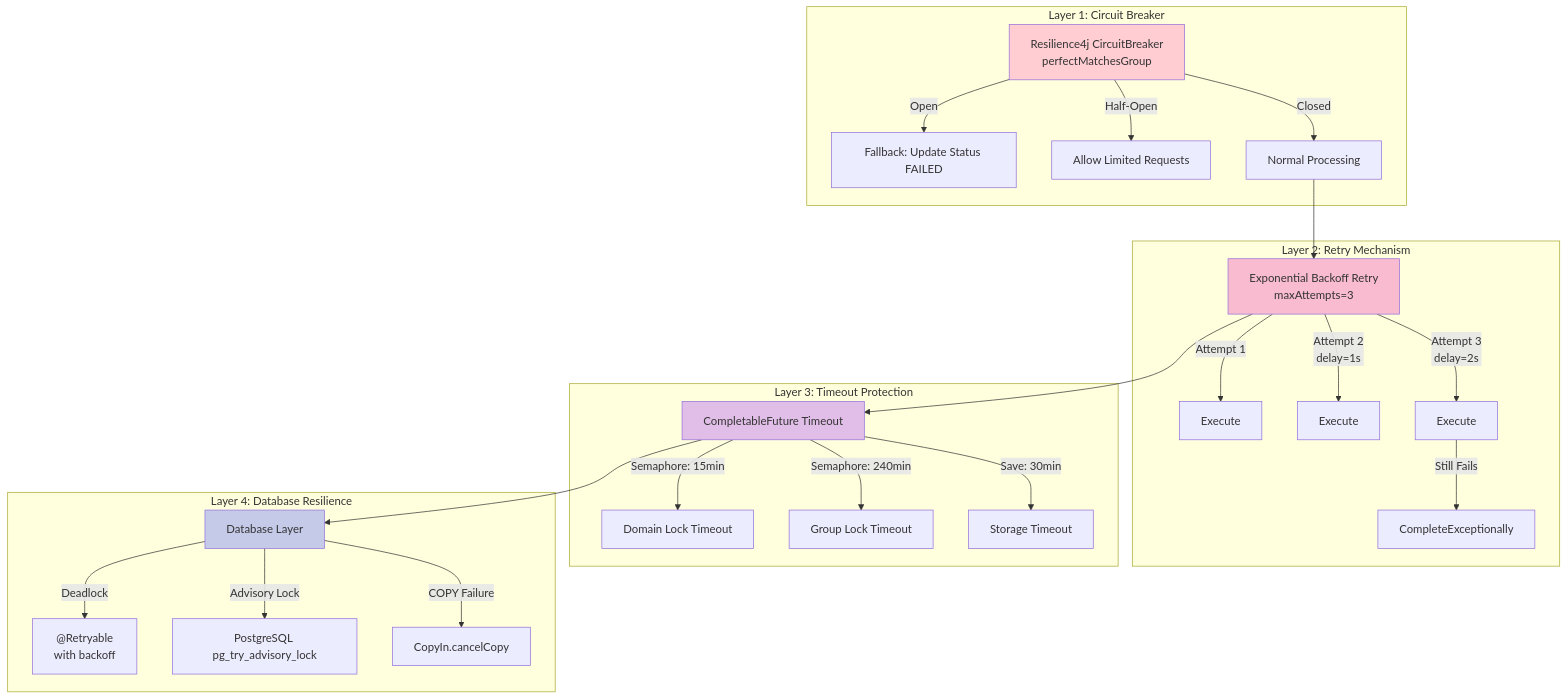
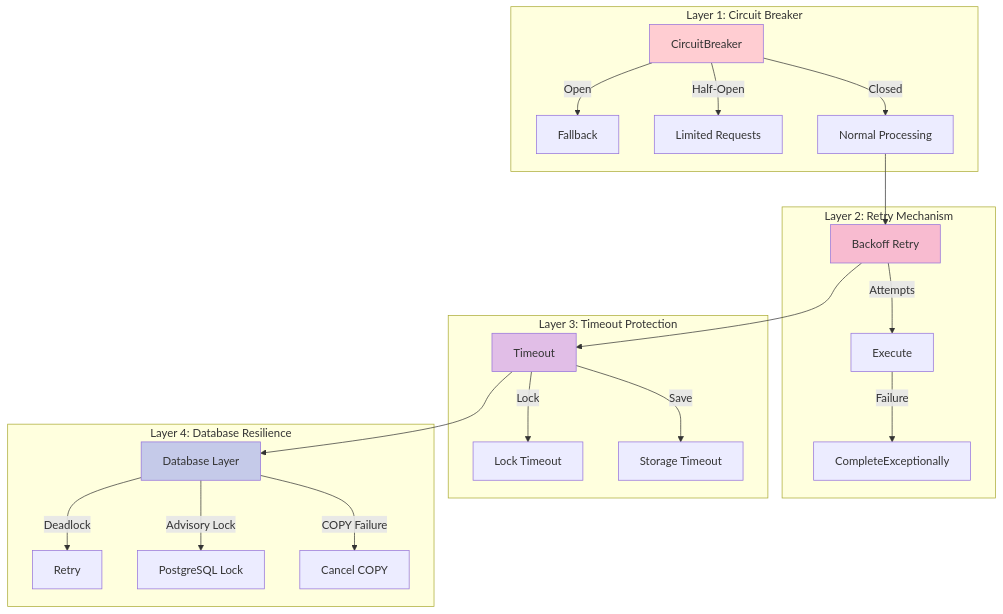
Before and after one commit to kagit00/schedule_x: diagram 16 of 20 in docs/Low Level Designs/ScheduledPerfectMatchesCreation.md, drawn with Mermaid. The commit also changed other lines of this file and 7 other files, not shown here.

````diff
--- a/docs/Low Level Designs/ScheduledPerfectMatchesCreation.md
+++ b/docs/Low Level Designs/ScheduledPerfectMatchesCreation.md
@@ -693,41 +634,38 @@
 ```mermaid
 graph TB
     subgraph "Layer 1: Circuit Breaker"
-        CB["Resilience4j CircuitBreaker<br/>perfectMatchesGroup"]
-        CB -->|Open| FB1["Fallback: Update Status FAILED"]
-        CB -->|Half-Open| RETRY1["Allow Limited Requests"]
-        CB -->|Closed| PROCEED1["Normal Processing"]
+        CB[CircuitBreaker]
+        CB -->|Open| FB1[Fallback]
+        CB -->|Half-Open| RETRY1[Limited Requests]
+        CB -->|Closed| PROCEED1[Normal Processing]
     end
 
     subgraph "Layer 2: Retry Mechanism"
-        RT["Exponential Backoff Retry<br/>maxAttempts=3"]
-        RT -->|Attempt 1| EXEC1["Execute"]
-        RT -->|Attempt 2<br/>delay=1s| EXEC2["Execute"]
-        RT -->|Attempt 3<br/>delay=2s| EXEC3["Execute"]
-        EXEC3 -->|Still Fails| FB2["CompleteExceptionally"]
+        RT[Backoff Retry]
+        RT -->|Attempts| EXEC[Execute]
+        EXEC -->|Failure| FB2[CompleteExceptionally]
     end
 
     subgraph "Layer 3: Timeout Protection"
-        TO["CompletableFuture Timeout"]
-        TO -->|Semaphore: 15min| TO1["Domain Lock Timeout"]
-        TO -->|Semaphore: 240min| TO2["Group Lock Timeout"]
-        TO -->|Save: 30min| TO3["Storage Timeout"]
+        TO[Timeout]
+        TO -->|Lock| TO1[Lock Timeout]
+        TO -->|Save| TO2[Storage Timeout]
     end
 
     subgraph "Layer 4: Database Resilience"
-        DB["Database Layer"]
-        DB -->|Deadlock| DBR["@Retryable<br/>with backoff"]
-        DB -->|Advisory Lock| AL["PostgreSQL pg_try_advisory_lock"]
-        DB -->|COPY Failure| CANCEL["CopyIn.cancelCopy"]
+        DB[Database Layer]
+        DB -->|Deadlock| DBR[Retry]
+        DB -->|Advisory Lock| AL[PostgreSQL Lock]
+        DB -->|COPY Failure| CANCEL[Cancel COPY]
     end
 
     PROCEED1 --> RT
     RT --> TO
     TO --> DB
 
     style CB fill:#FFCDD2
     style RT fill:#F8BBD0
     style TO fill:#E1BEE7
     style DB fill:#C5CAE9
 
 ```
````
